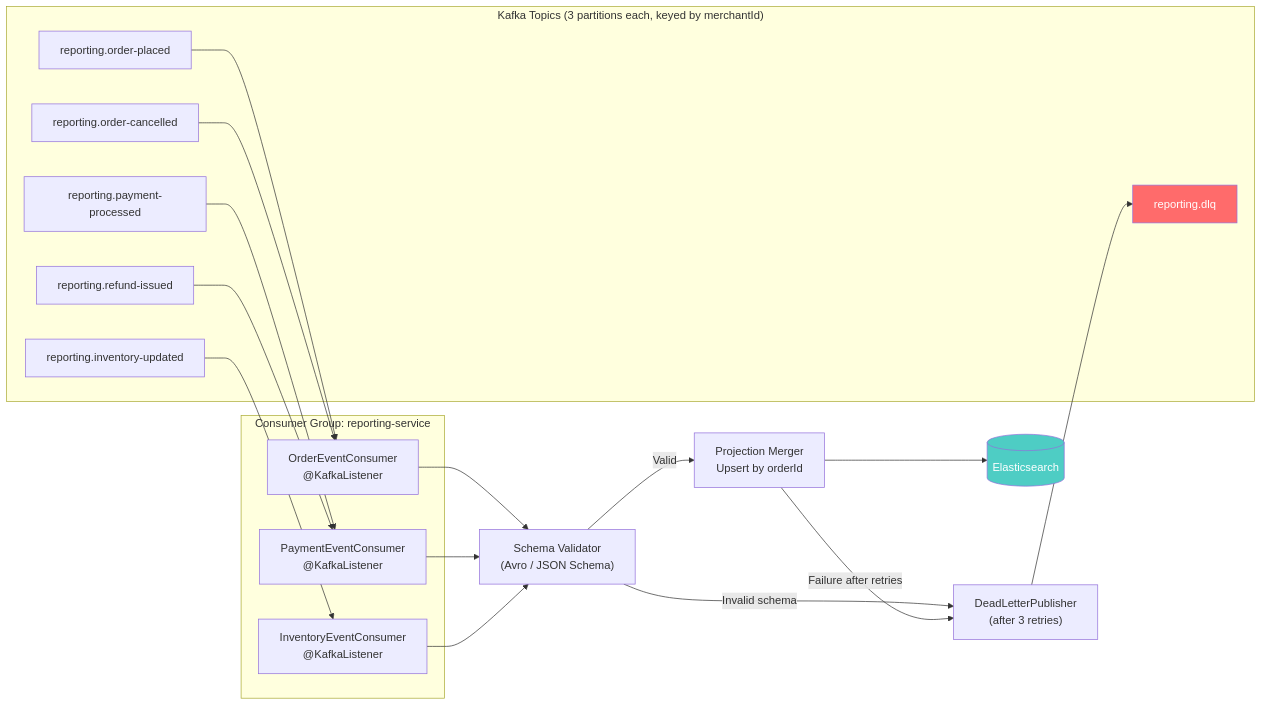
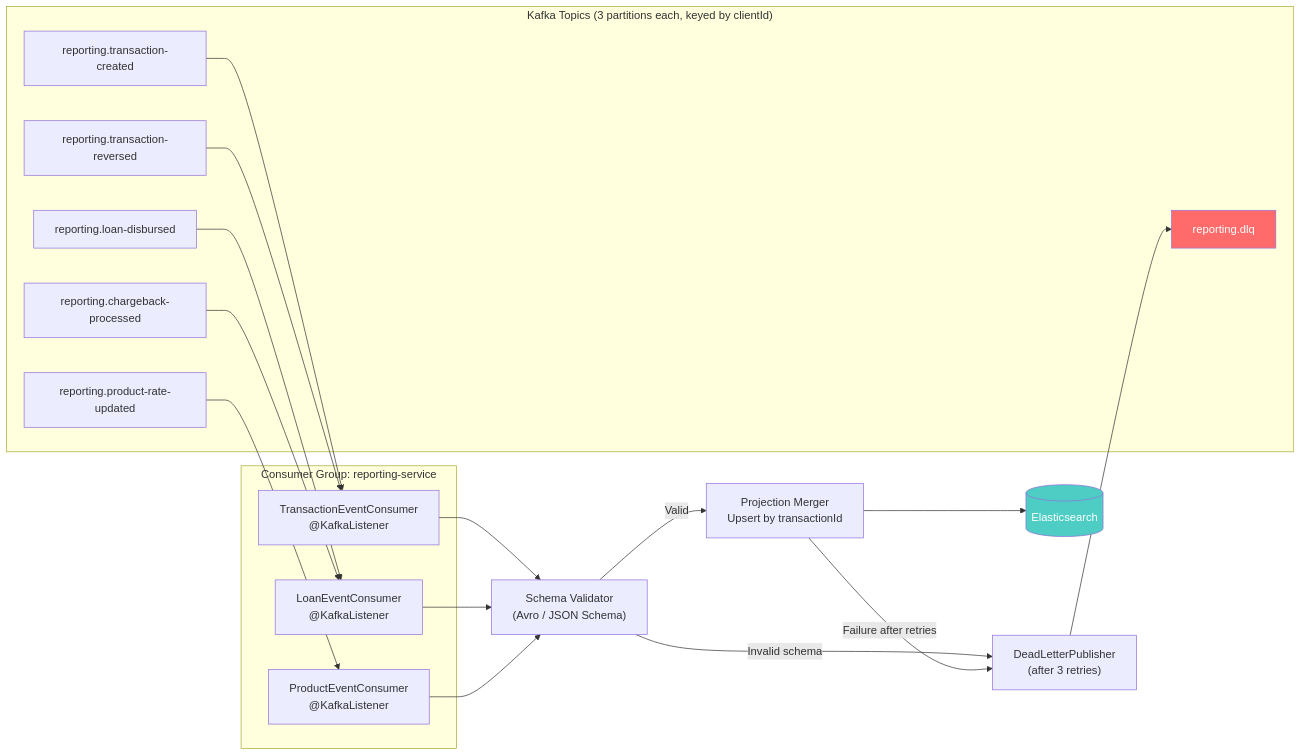
One commit to makeitfine-org/reporting changed the ninth of 12 diagrams in architecture and decoupling.md. Above: the diagram before and after it, drawn with Mermaid. The commit also changed other lines of this file and 3 other files, not shown here.

Commit message:
docs: re-domain architecture doc from e-commerce to core banking

````diff
--- a/architecture and decoupling.md
+++ b/architecture and decoupling.md
@@ -662,41 +662,41 @@
 ```mermaid
 graph LR
-    subgraph Topics["Kafka Topics (3 partitions each, keyed by merchantId)"]
-        T1["reporting.order-placed"]
-        T2["reporting.payment-processed"]
-        T3["reporting.order-cancelled"]
-        T4["reporting.inventory-updated"]
-        T5["reporting.refund-issued"]
+    subgraph Topics["Kafka Topics (3 partitions each, keyed by clientId)"]
+        T1["reporting.transaction-created"]
+        T2["reporting.loan-disbursed"]
+        T3["reporting.transaction-reversed"]
+        T4["reporting.product-rate-updated"]
+        T5["reporting.chargeback-processed"]
         DLQ["reporting.dlq"]
     end
 
     subgraph ConsumerGroup["Consumer Group: reporting-service"]
-        C1["OrderEventConsumer<br/>@KafkaListener"]
-        C2["PaymentEventConsumer<br/>@KafkaListener"]
-        C3["InventoryEventConsumer<br/>@KafkaListener"]
+        C1["TransactionEventConsumer<br/>@KafkaListener"]
+        C2["LoanEventConsumer<br/>@KafkaListener"]
+        C3["ProductEventConsumer<br/>@KafkaListener"]
     end
 
     Validator["Schema Validator<br/>(Avro / JSON Schema)"]
-    Projector["Projection Merger<br/>Upsert by orderId"]
+    Projector["Projection Merger<br/>Upsert by transactionId"]
     ES[(Elasticsearch)]
     ErrorHandler["DeadLetterPublisher<br/>(after 3 retries)"]
 
     T1 --> C1
     T2 --> C2
     T3 --> C1
     T4 --> C3
     T5 --> C2
 
     C1 --> Validator
     C2 --> Validator
     C3 --> Validator
 
     Validator -->|Valid| Projector
     Validator -->|Invalid schema| ErrorHandler
     Projector --> ES
     Projector -->|Failure after retries| ErrorHandler
     ErrorHandler --> DLQ
 
     style ES fill:#4ecdc4,color:#fff
     style DLQ fill:#ff6b6b,color:#fff
 ```
````
